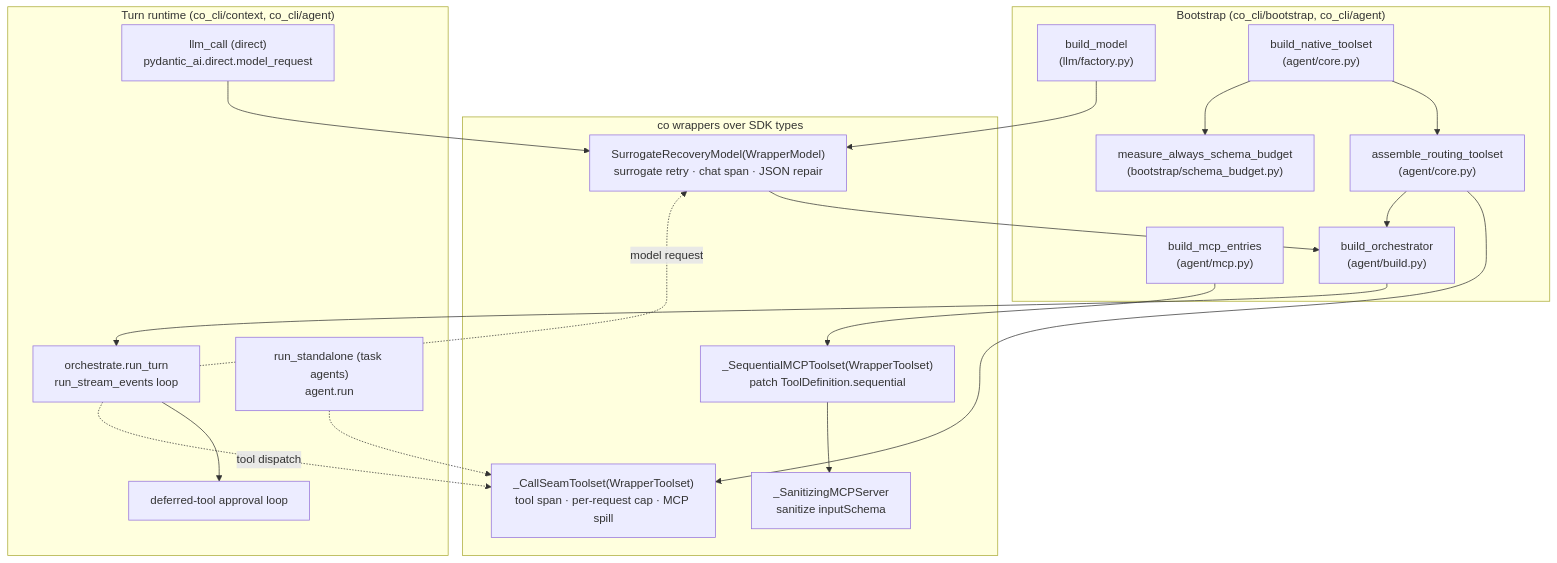
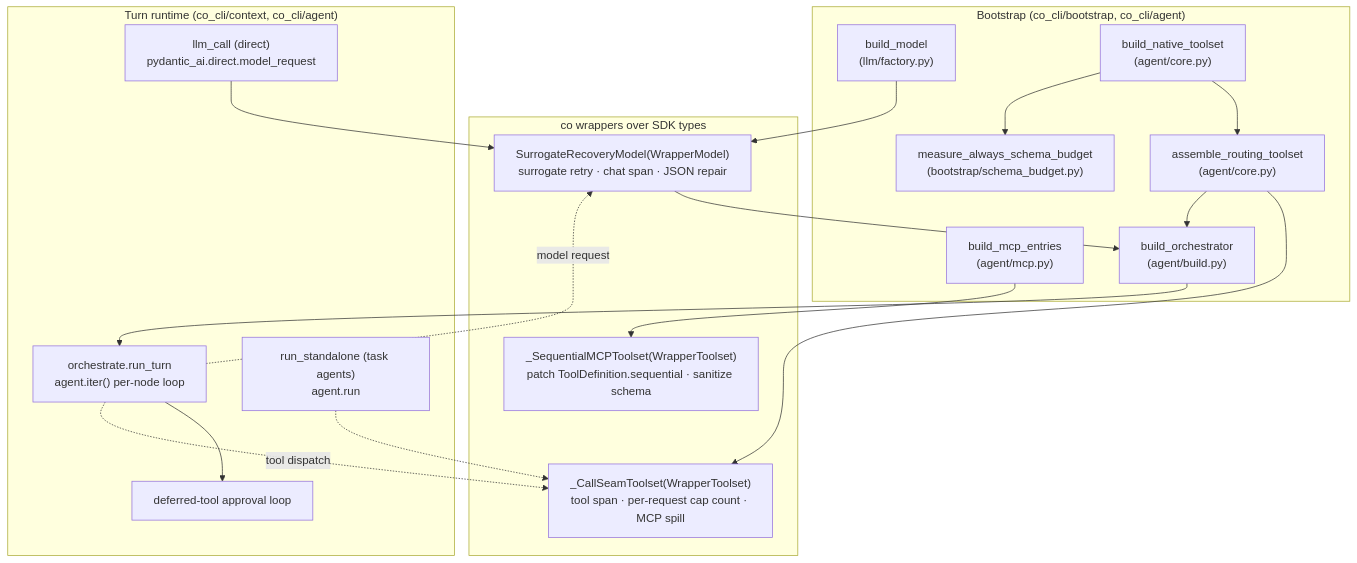
One commit to binlecode/co-cli changed the diagram in docs/specs/pydantic-ai-integration.md. Above: the diagram before and after it, drawn with Mermaid. The commit also changed other lines of this file and 20 other files, not shown here.

First line of the commit message:
feat: agent loop on agent.iter() + tunable stall timeout (v0.8.486)

````diff
--- a/docs/specs/pydantic-ai-integration.md
+++ b/docs/specs/pydantic-ai-integration.md
@@ -13,40 +13,38 @@
 ```mermaid
 flowchart TD
     subgraph Bootstrap["Bootstrap (co_cli/bootstrap, co_cli/agent)"]
         FAC["build_model<br/>(llm/factory.py)"]
         NTS["build_native_toolset<br/>(agent/core.py)"]
         MCP["build_mcp_entries<br/>(agent/mcp.py)"]
         ASM["assemble_routing_toolset<br/>(agent/core.py)"]
         SB["measure_always_schema_budget<br/>(bootstrap/schema_budget.py)"]
         BLD["build_orchestrator<br/>(agent/build.py)"]
     end
 
     subgraph SDKwrap["co wrappers over SDK types"]
         SRM["SurrogateRecoveryModel(WrapperModel)<br/>surrogate retry · chat span · JSON repair"]
-        CST["_CallSeamToolset(WrapperToolset)<br/>tool span · per-request cap · MCP spill"]
-        SMT["_SequentialMCPToolset(WrapperToolset)<br/>patch ToolDefinition.sequential"]
-        SMS["_SanitizingMCPServer<br/>sanitize inputSchema"]
+        CST["_CallSeamToolset(WrapperToolset)<br/>tool span · per-request cap count · MCP spill"]
+        SMT["_SequentialMCPToolset(WrapperToolset)<br/>patch ToolDefinition.sequential · sanitize schema"]
     end
 
     subgraph Runtime["Turn runtime (co_cli/context, co_cli/agent)"]
-        ORC["orchestrate.run_turn<br/>run_stream_events loop"]
+        ORC["orchestrate.run_turn<br/>agent.iter() per-node loop"]
         APR["deferred-tool approval loop"]
         RUN["run_standalone (task agents)<br/>agent.run"]
         CALL["llm_call (direct)<br/>pydantic_ai.direct.model_request"]
     end
 
     FAC --> SRM
     NTS --> ASM
     MCP --> SMT
-    SMT --> SMS
     ASM --> CST
     NTS --> SB
     ASM --> BLD
     SRM --> BLD
     BLD --> ORC
     ORC --> APR
     ORC -. "tool dispatch" .-> CST
     ORC -. "model request" .-> SRM
     RUN -.-> CST
     CALL --> SRM
 ```
````
